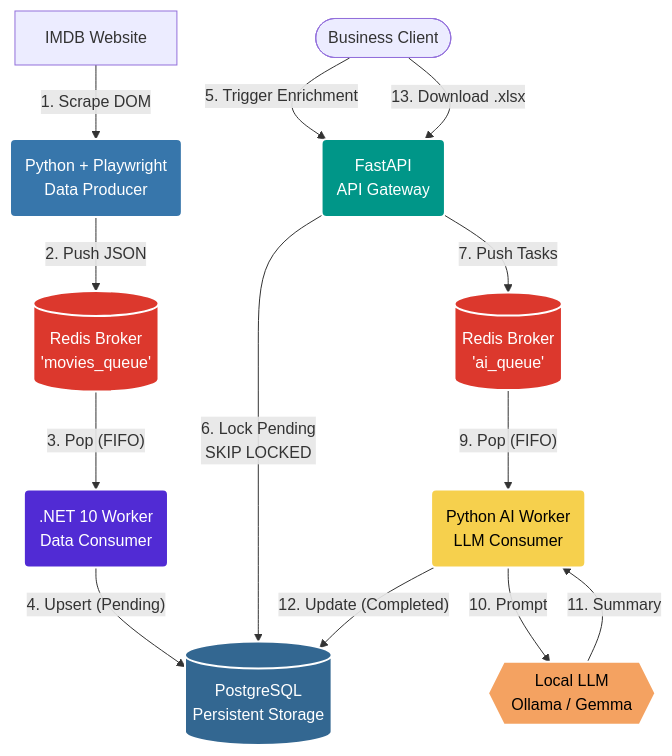
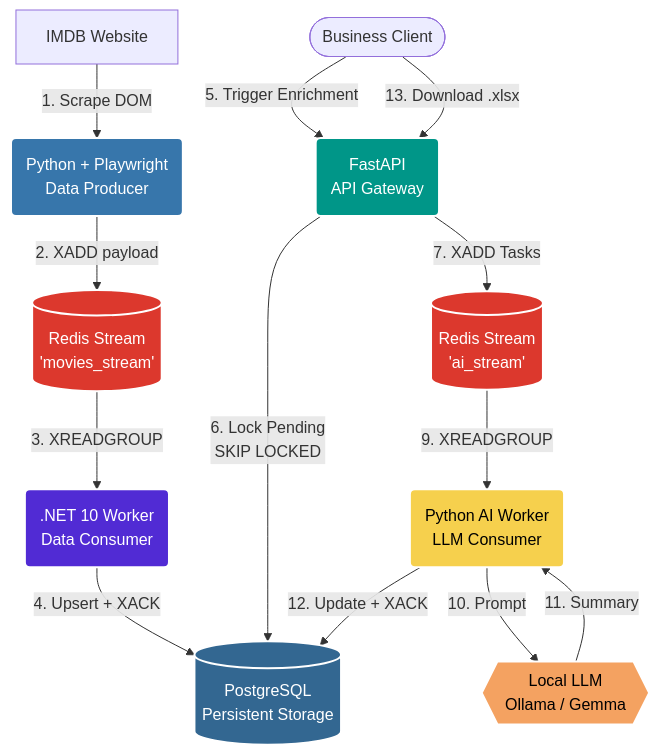
Before and after one commit to Legon2k/imdb-ai-pipeline: the diagram in README.md, drawn with Mermaid. The commit also changed other lines of this file and 8 other files, not shown here.

Commit message:
Use Redis Streams for reliable worker queues

````diff
--- a/README.md
+++ b/README.md
@@ -9,40 +9,40 @@
 ```mermaid
 graph TD
     %% Define Nodes
     Client([Business Client])
     IMDB[IMDB Website]
     Scraper(Python + Playwright<br/>Data Producer)
-    RedisMovies[(Redis Broker<br/>'movies_queue')]
+    RedisMovies[(Redis Stream<br/>'movies_stream')]
     WorkerNET(.NET 10 Worker<br/>Data Consumer)
     DB[(PostgreSQL<br/>Persistent Storage)]
     API(FastAPI<br/>API Gateway)
-    RedisAI[(Redis Broker<br/>'ai_queue')]
+    RedisAI[(Redis Stream<br/>'ai_stream')]
     WorkerAI(Python AI Worker<br/>LLM Consumer)
     LLM{{Local LLM<br/>Ollama / Gemma}}
 
     %% Define Flow
     IMDB -- 1. Scrape DOM --> Scraper
-    Scraper -- 2. Push JSON --> RedisMovies
-    RedisMovies -- 3. Pop (FIFO) --> WorkerNET
-    WorkerNET -- 4. Upsert (Pending) --> DB
+    Scraper -- 2. XADD payload --> RedisMovies
+    RedisMovies -- 3. XREADGROUP --> WorkerNET
+    WorkerNET -- 4. Upsert + XACK --> DB
     
     Client -- 5. Trigger Enrichment --> API
     API -- 6. Lock Pending<br/>SKIP LOCKED --> DB
-    API -- 7. Push Tasks --> RedisAI
-    RedisAI -- 9. Pop (FIFO) --> WorkerAI
+    API -- 7. XADD Tasks --> RedisAI
+    RedisAI -- 9. XREADGROUP --> WorkerAI
     WorkerAI -- 10. Prompt --> LLM
     LLM -- 11. Summary --> WorkerAI
-    WorkerAI -- 12. Update (Completed) --> DB
+    WorkerAI -- 12. Update + XACK --> DB
     
     Client -- 13. Download .xlsx --> API
 
     %% Styling
     style Scraper fill:#3776ab,stroke:#fff,stroke-width:2px,color:#fff
     style RedisMovies fill:#dc382d,stroke:#fff,stroke-width:2px,color:#fff
     style RedisAI fill:#dc382d,stroke:#fff,stroke-width:2px,color:#fff
     style WorkerNET fill:#512bd4,stroke:#fff,stroke-width:2px,color:#fff
     style DB fill:#336791,stroke:#fff,stroke-width:2px,color:#fff
     style API fill:#009688,stroke:#fff,stroke-width:2px,color:#fff
     style WorkerAI fill:#f6d04d,stroke:#fff,stroke-width:2px,color:#000
     style LLM fill:#f4a261,stroke:#fff,stroke-width:2px,color:#000
 ```
````
